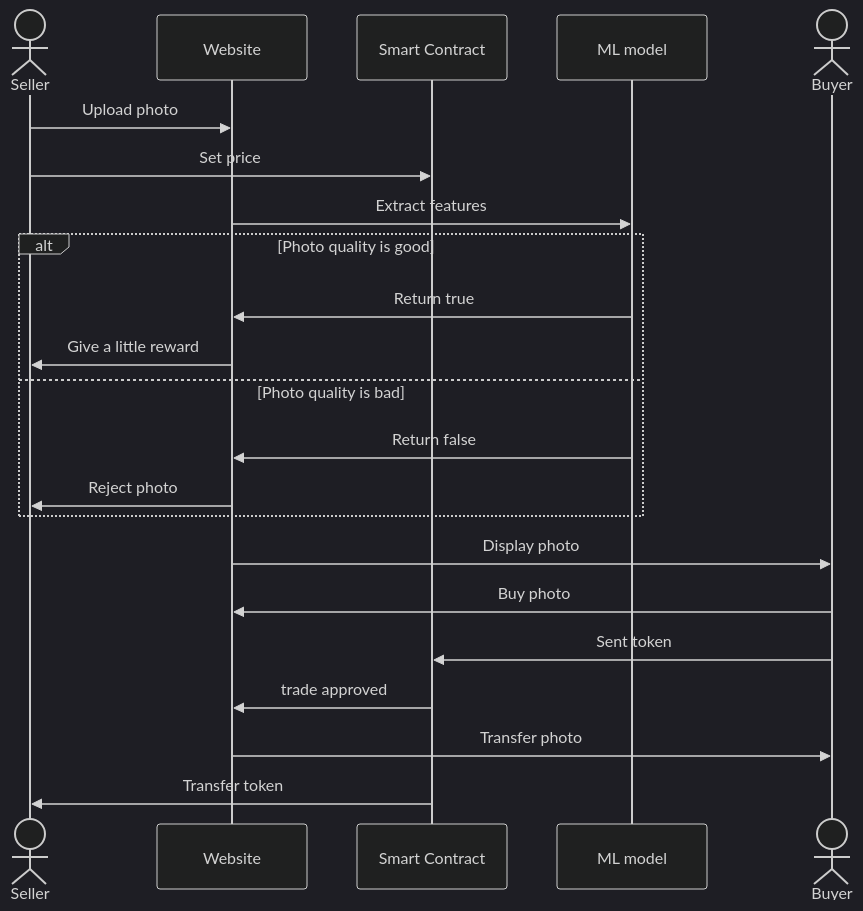
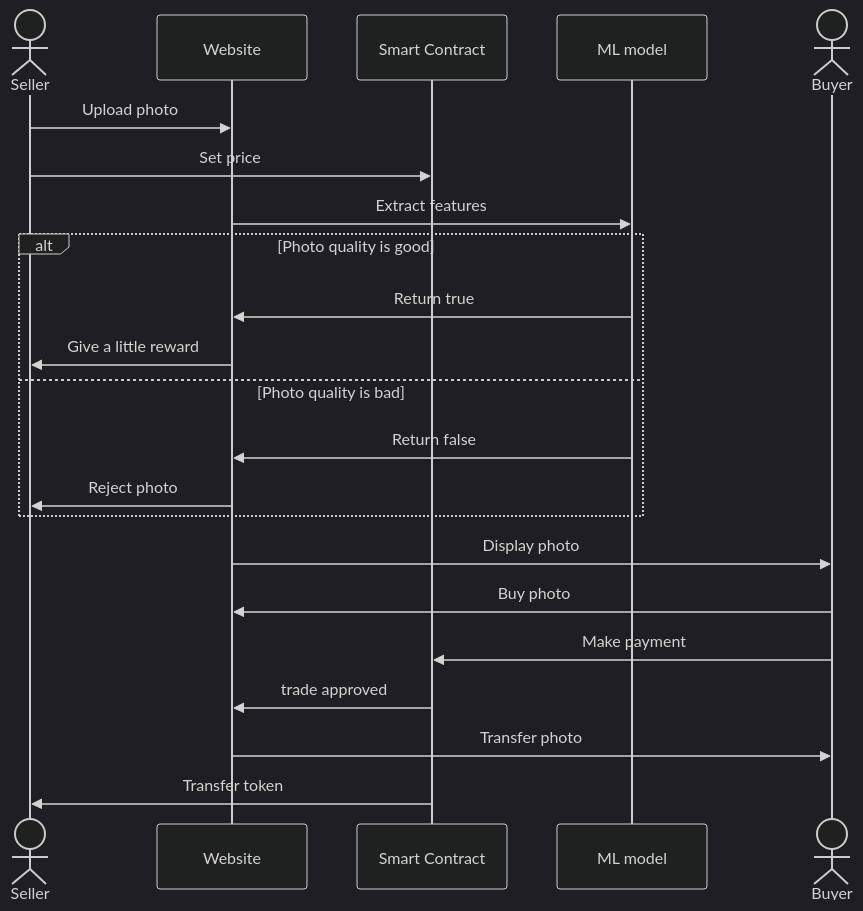
One commit to AI-and-Blockchain/S24_The_World changed the diagram in README.md. Above: the diagram before and after it, drawn with Mermaid (dark theme).

Commit message:
Update payment process in sequence diagram

````diff
--- a/README.md
+++ b/README.md
@@ -42,25 +42,25 @@
 ```mermaid
 sequenceDiagram
     actor S as Seller
     participant W as Website
     participant contract as Smart Contract
     participant ML as ML model
     actor B as Buyer
 
     S->>W: Upload photo
     S->>contract: Set price
     W->>ML: Extract features
     alt Photo quality is good
         ML->>W: Return true
         W->>S: Give a little reward
     else Photo quality is bad
         ML->>W: Return false
         W->>S: Reject photo
     end
     W->>B: Display photo
     B->>W: Buy photo
-    B->>contract: Sent token
+    B->>contract: Make payment
     contract->>W: trade approved
     W->>B: Transfer photo
     contract->>S: Transfer token
 ```
````
